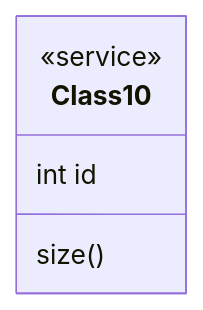
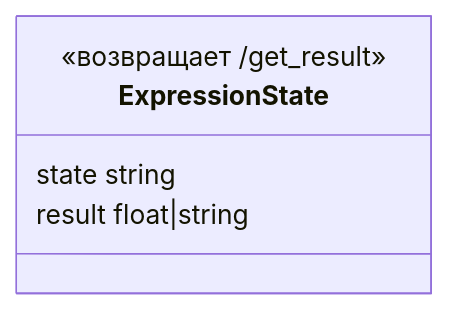
Before and after one commit to XJIeI5/calculator: the fourth of 4 diagrams in README.md, drawn with Mermaid.

````diff
--- a/README.md
+++ b/README.md
@@ -198,8 +198,8 @@
 ```mermaid
 classDiagram
-class Class10 {
-  <<service>>
-  int id
-  size()
+class ExpressionState {
+  <<возвращает /get_result>>
+  state string
+  result float|string
 }
 ```
````
